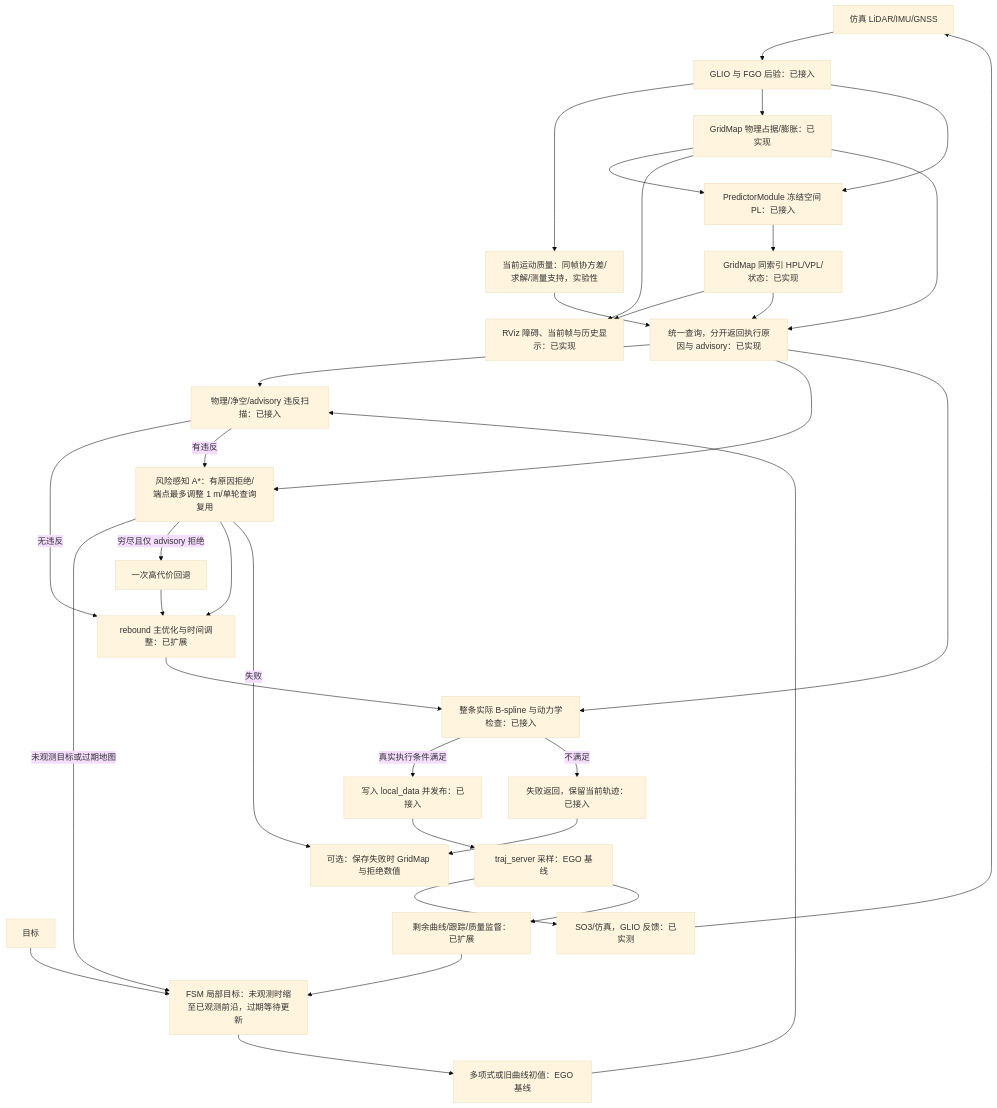
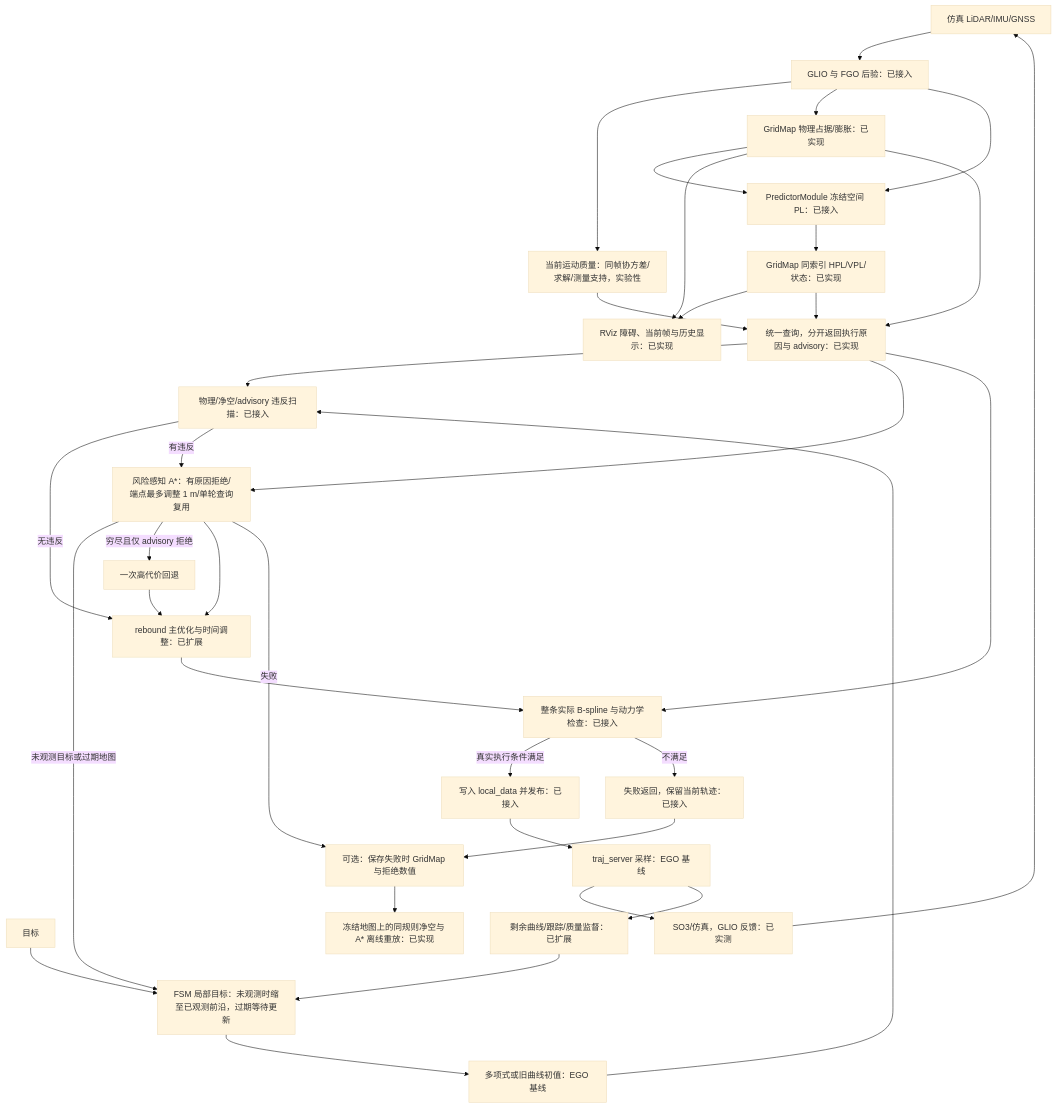
The second of 3 diagrams in docs/spec/ego_based_planning_flow.md (Printeger/iap), drawn with Mermaid (base theme) before and after one commit. The commit also changed other lines of this file and 17 other files, not shown here.

````diff
--- a/docs/spec/ego_based_planning_flow.md
+++ b/docs/spec/ego_based_planning_flow.md
@@ -58,36 +58,37 @@
 ```mermaid
 flowchart TD
     Sensors[仿真 LiDAR/IMU/GNSS] --> GLIO[GLIO 与 FGO 后验：已接入]
     GLIO --> Current[当前运动质量：同帧协方差/求解/测量支持，实验性]
     GLIO --> Map[GridMap 物理占据/膨胀：已实现]
     GLIO --> Advisory[PredictorModule 冻结空间 PL：已接入]
     Map --> Advisory
     Advisory --> Risk[GridMap 同索引 HPL/VPL/状态：已实现]
     Map --> Viz[RViz 障碍、当前帧与历史显示：已实现]
     Risk --> Viz
     Goal[目标] --> FSM[FSM 局部目标：未观测时缩至已观测前沿，过期等待更新]
     FSM --> Init[多项式或旧曲线初值：EGO 基线]
     Init --> Scan[物理/净空/advisory 违反扫描：已接入]
     Map --> Query[统一查询，分开返回执行原因与 advisory：已实现]
     Current --> Query
     Risk --> Query
     Query --> Scan
     Scan -->|无违反| Opt[rebound 主优化与时间调整：已扩展]
     Scan -->|有违反| Search[风险感知 A*：有原因拒绝/端点最多调整 1 m/单轮查询复用]
     Query --> Search
     Search -->|未观测目标或过期地图| FSM
     Search -->|穷尽且仅 advisory 拒绝| SearchFallback[一次高代价回退]
     SearchFallback --> Opt
     Search --> Opt
     Opt --> Final[整条实际 B-spline 与动力学检查：已接入]
     Query --> Final
     Final -->|真实执行条件满足| Commit[写入 local_data 并发布：已接入]
     Final -->|不满足| Keep[失败返回，保留当前轨迹：已接入]
     Keep --> Evidence[可选：保存失败时 GridMap 与拒绝数值]
     Search -->|失败| Evidence
+    Evidence --> Replay[冻结地图上的同规则净空与 A* 离线重放：已实现]
     Commit --> Server[traj_server 采样：EGO 基线]
     Server --> Control[SO3/仿真，GLIO 反馈：已实测]
     Control --> Sensors
     Server --> Monitor[剩余曲线/跟踪/质量监督：已扩展]
     Monitor --> FSM
 ```
````
